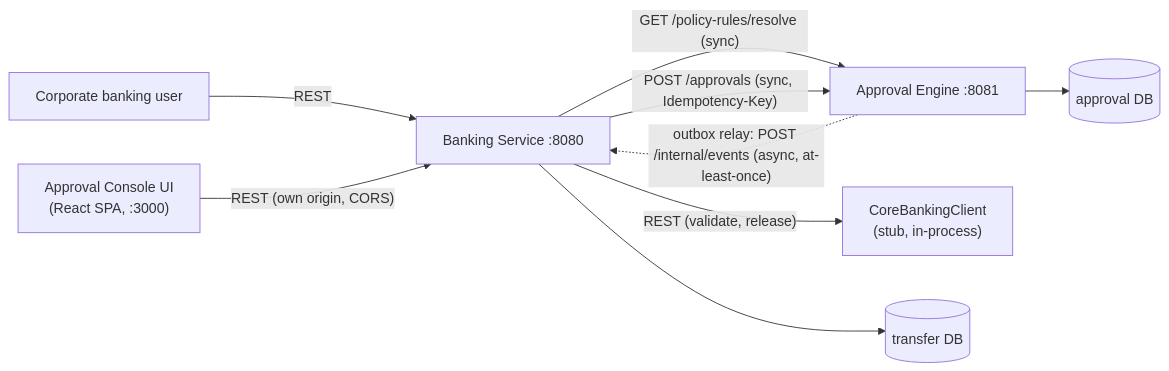
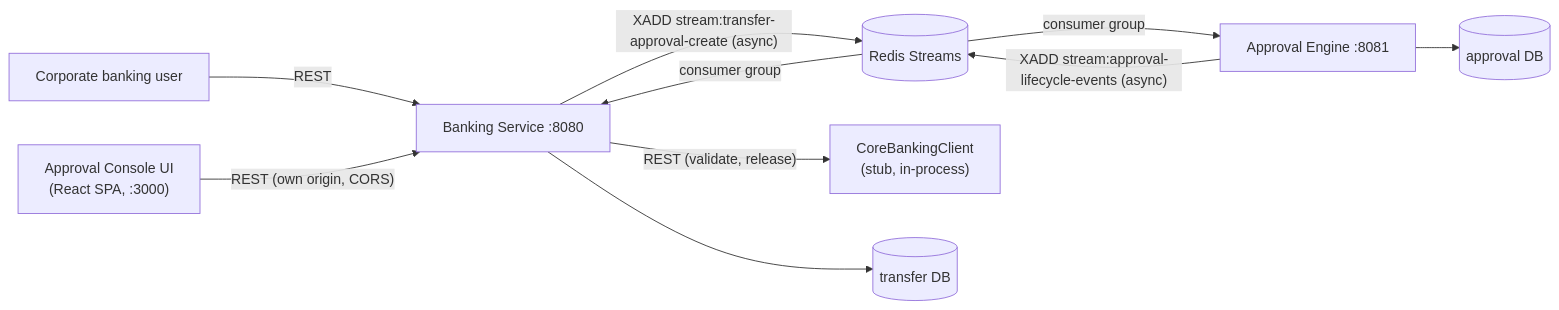
Before and after one commit to skcchoudhary21/vision-hld: the diagram in docs/hld.md, drawn with Mermaid. The commit also changed other lines of this file and 2 other files, not shown here.

Commit message:
docs: update HLD/LLD/README for Redis Streams replacing the direct HTTP hops

````diff
--- a/docs/hld.md
+++ b/docs/hld.md
@@ -16,11 +16,12 @@
 ```mermaid
 flowchart LR
     User["Corporate banking user"] -->|"REST"| TS["Banking Service :8080"]
     UI["Approval Console UI\n(React SPA, :3000)"] -->|"REST (own origin, CORS)"| TS
-    TS -->|"GET /policy-rules/resolve (sync)"| AE["Approval Engine :8081"]
-    TS -->|"POST /approvals (sync, Idempotency-Key)"| AE
-    AE -.->|"outbox relay: POST /internal/events (async, at-least-once)"| TS
+    TS -->|"XADD stream:transfer-approval-create (async)"| REDIS[("Redis Streams")]
+    REDIS -->|"consumer group"| AE["Approval Engine :8081"]
+    AE -->|"XADD stream:approval-lifecycle-events (async)"| REDIS
+    REDIS -->|"consumer group"| TS
     TS -->|"REST (validate, release)"| CB["CoreBankingClient\n(stub, in-process)"]
     TS --> TDB[("transfer DB")]
     AE --> ADB[("approval DB")]
 ```
````
